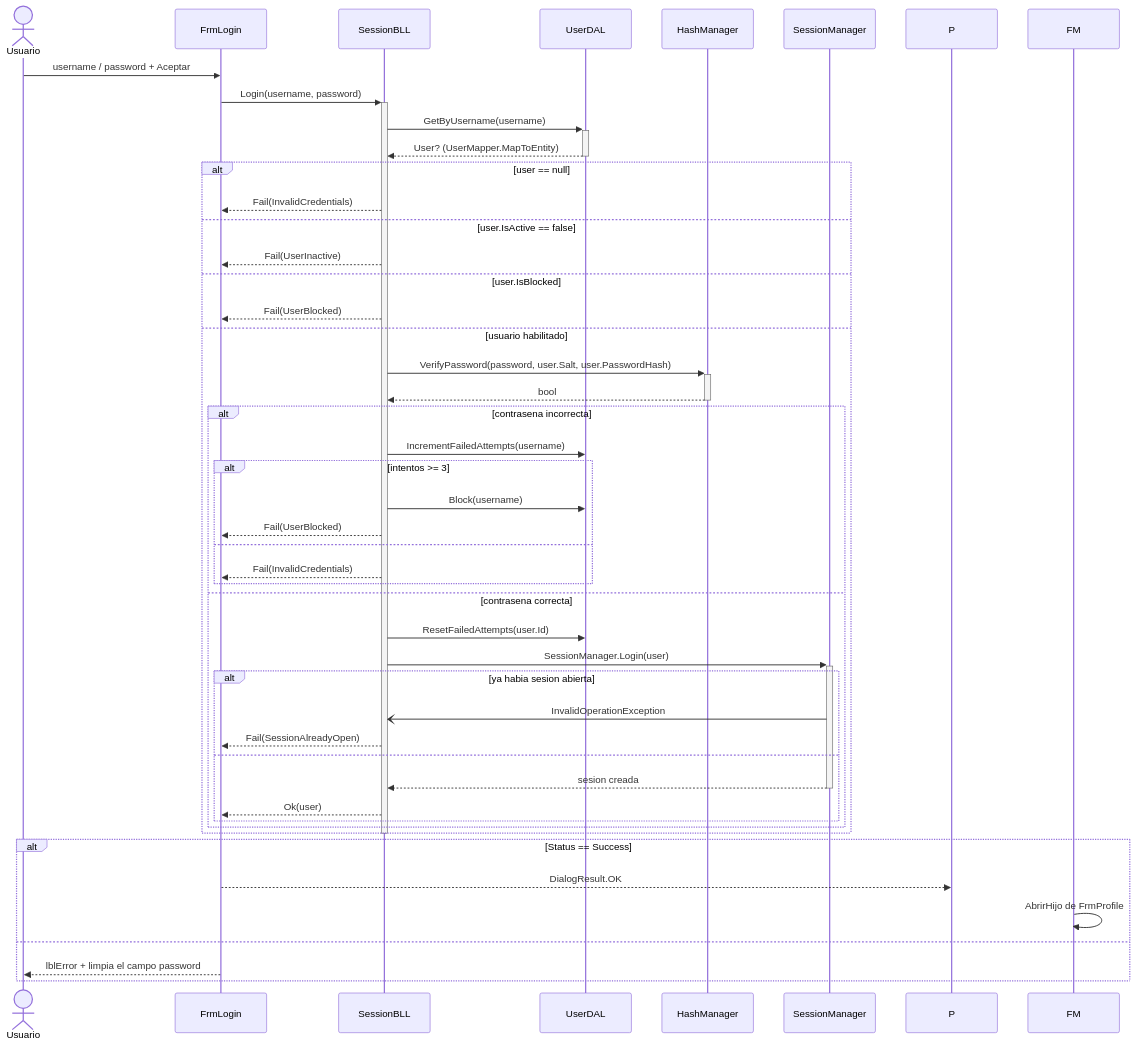
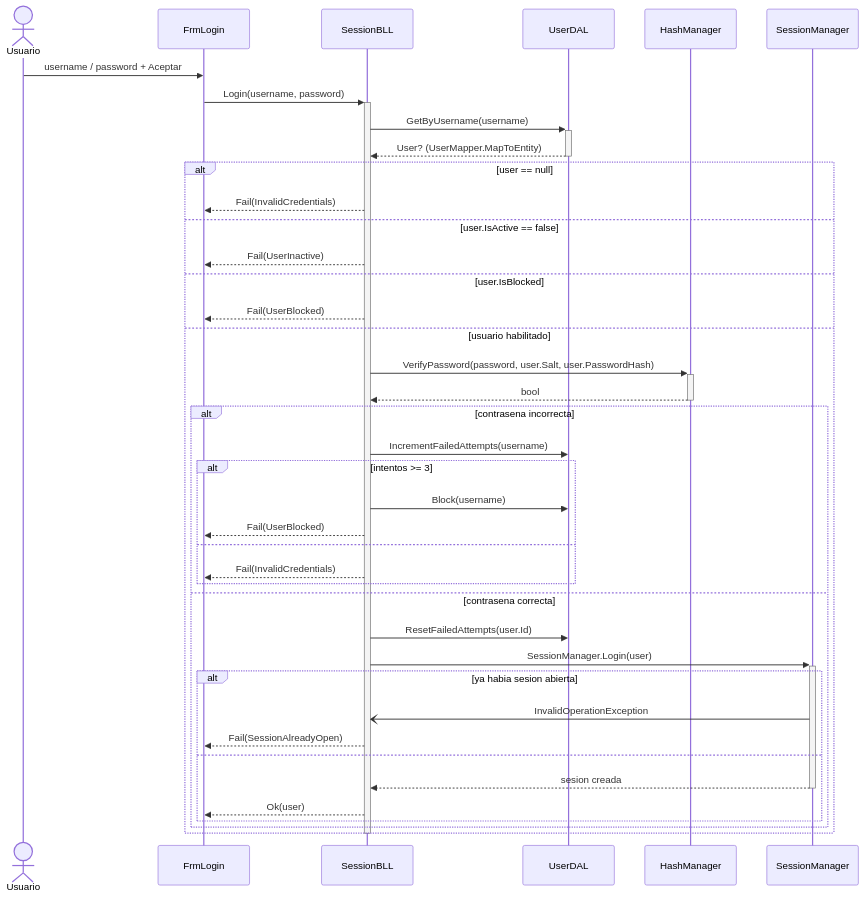
One commit to UAINahueLeandroDefeudi/uai-ing-soft changed the second of 4 diagrams in ingSoftWinForm/README.md. Above: the diagram before and after it, drawn with Mermaid. The commit also changed 2 other files, not shown here.

Commit message:
fix: diagrama DS login

````diff
--- a/ingSoftWinForm/README.md
+++ b/ingSoftWinForm/README.md
@@ -210,54 +210,47 @@
 ```mermaid
 sequenceDiagram
     actor U as Usuario
     participant FL as FrmLogin
     participant BLL as SessionBLL
     participant DAL as UserDAL
     participant H as HashManager
     participant S as SessionManager
 
     U->>FL: username / password + Aceptar
     FL->>+BLL: Login(username, password)
 
     BLL->>+DAL: GetByUsername(username)
     DAL-->>-BLL: User? (UserMapper.MapToEntity)
 
     alt user == null
         BLL-->>FL: Fail(InvalidCredentials)
     else user.IsActive == false
         BLL-->>FL: Fail(UserInactive)
     else user.IsBlocked
         BLL-->>FL: Fail(UserBlocked)
     else usuario habilitado
         BLL->>+H: VerifyPassword(password, user.Salt, user.PasswordHash)
         H-->>-BLL: bool
 
         alt contrasena incorrecta
             BLL->>DAL: IncrementFailedAttempts(username)
             alt intentos >= 3
                 BLL->>DAL: Block(username)
                 BLL-->>FL: Fail(UserBlocked)
             else
                 BLL-->>FL: Fail(InvalidCredentials)
             end
         else contrasena correcta
             BLL->>DAL: ResetFailedAttempts(user.Id)
             BLL->>+S: SessionManager.Login(user)
             alt ya habia sesion abierta
                 S-)BLL: InvalidOperationException
                 BLL-->>FL: Fail(SessionAlreadyOpen)
             else
                 S-->>-BLL: sesion creada
                 BLL-->>FL: Ok(user)
             end
         end
     end
     deactivate BLL
-
-    alt Status == Success
-        FL-->>P: DialogResult.OK
-        FM->>FM: AbrirHijo de FrmProfile
-    else
-        FL-->>U: lblError + limpia el campo password
-    end
 ```
````
